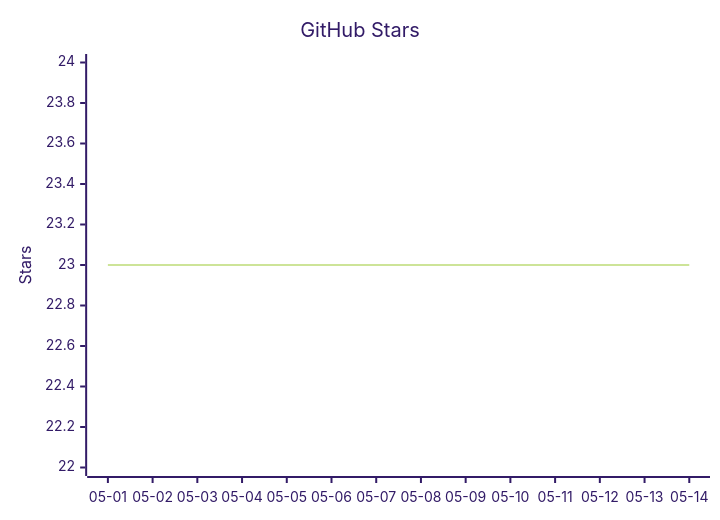
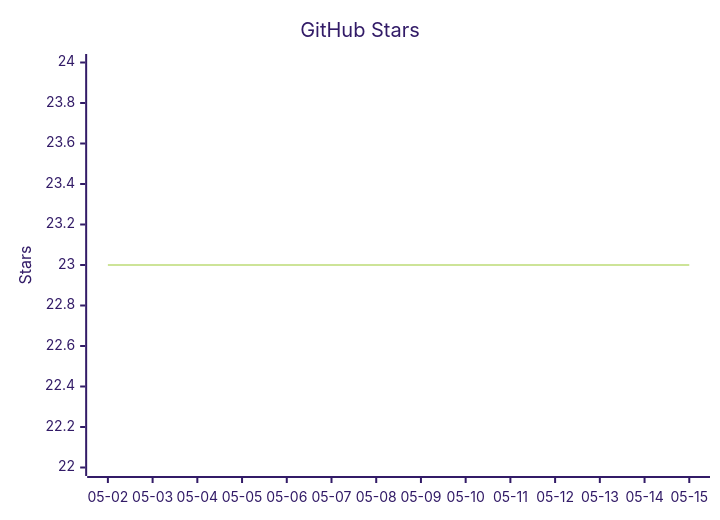
The diagram in README.mbt.md (vectie/moonclaw), drawn with Mermaid (forest theme) before and after one commit. The commit also changed other lines of this file and 1 other file, not shown here.

Commit message:
Update README star growth

````diff
--- a/README.mbt.md
+++ b/README.mbt.md
@@ -489,7 +489,7 @@
 ```mermaid
 xychart-beta
     title "GitHub Stars"
-    x-axis ["05-01","05-02","05-03","05-04","05-05","05-06","05-07","05-08","05-09","05-10","05-11","05-12","05-13","05-14"]
+    x-axis ["05-02","05-03","05-04","05-05","05-06","05-07","05-08","05-09","05-10","05-11","05-12","05-13","05-14","05-15"]
     y-axis "Stars" 22 --> 24
     line [23,23,23,23,23,23,23,23,23,23,23,23,23,23]
 ```
````
